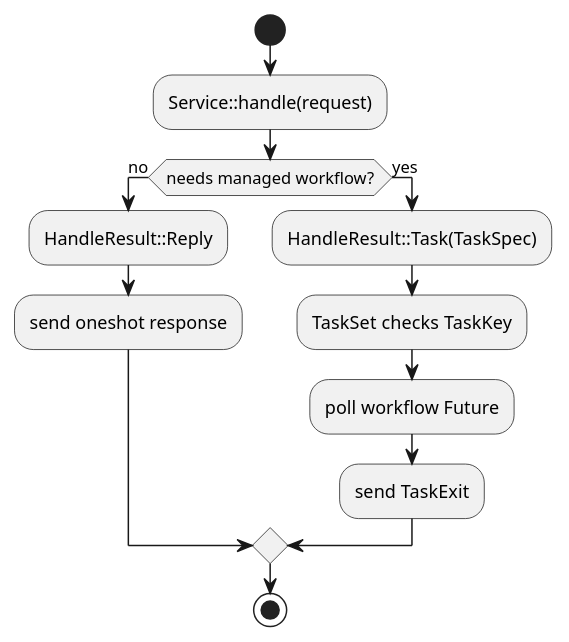
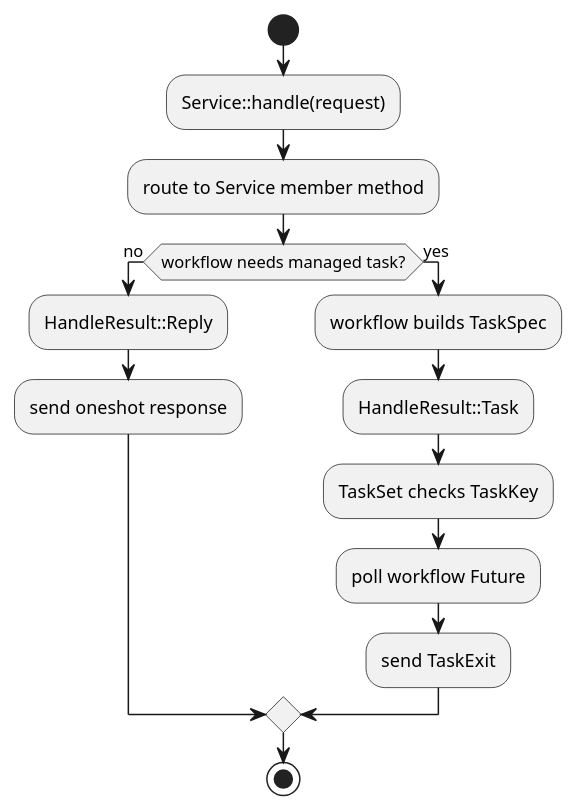
The diagram in docs/diagrams/task-decision.puml (limushu/runtime), drawn with PlantUML before and after one commit. The commit also changed 10 other files, not shown here.

```diff
--- a/docs/diagrams/task-decision.puml
+++ b/docs/diagrams/task-decision.puml
@@ -1,14 +1,16 @@
 @startuml
 start
 :Service::handle(request);
-if (needs managed workflow?) then (no)
+:route to Service member method;
+if (workflow needs managed task?) then (no)
   :HandleResult::Reply;
   :send oneshot response;
 else (yes)
-  :HandleResult::Task(TaskSpec);
+  :workflow builds TaskSpec;
+  :HandleResult::Task;
   :TaskSet checks TaskKey;
   :poll workflow Future;
   :send TaskExit;
 endif
 stop
 @enduml
```
